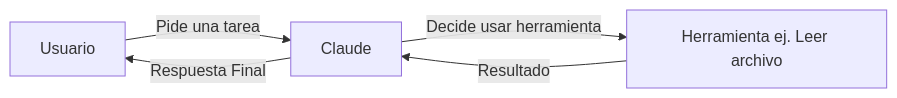
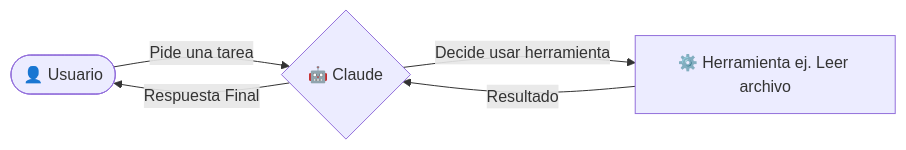
Before and after one commit to Huaritex/Obsidian_Note: the first of 2 diagrams in 02_Areas/Softs-Skills/Claude-Code/Whats a coding assistant?.md, drawn with Mermaid. The commit also changed other lines of this file and 21 other files, not shown here.

````diff
--- a/02_Areas/Softs-Skills/Claude-Code/Whats a coding assistant?.md
+++ b/02_Areas/Softs-Skills/Claude-Code/Whats a coding assistant?.md
@@ -19,7 +19,7 @@
 ```mermaid
 flowchart LR
-    User[Usuario] -->|Pide una tarea| Claude
-    Claude -->|Decide usar herramienta| Tool[Herramienta ej. Leer archivo]
+    User([👤 Usuario]) -->|Pide una tarea| Claude{🤖 Claude}
+    Claude -->|Decide usar herramienta| Tool[⚙️ Herramienta ej. Leer archivo]
     Tool -->|Resultado| Claude
     Claude -->|Respuesta Final| User
 ```
````
